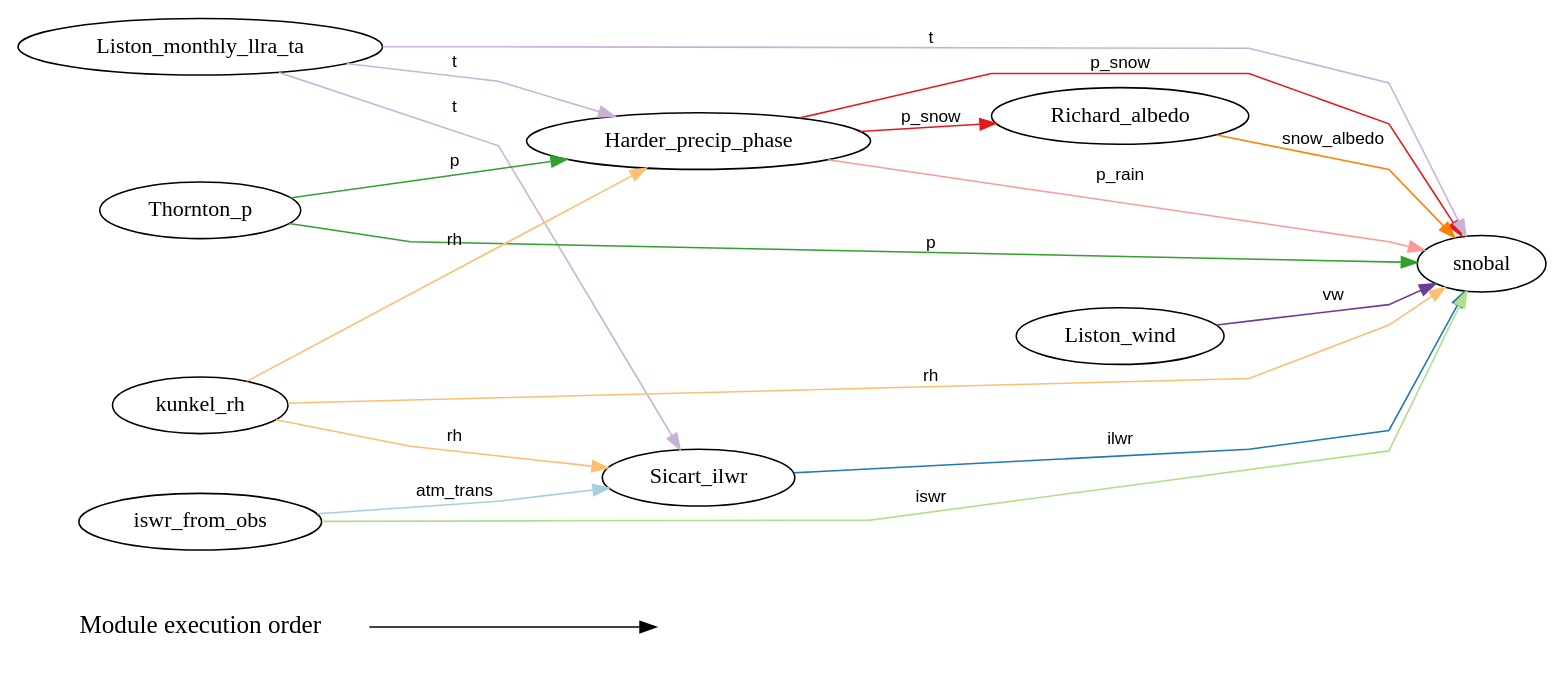
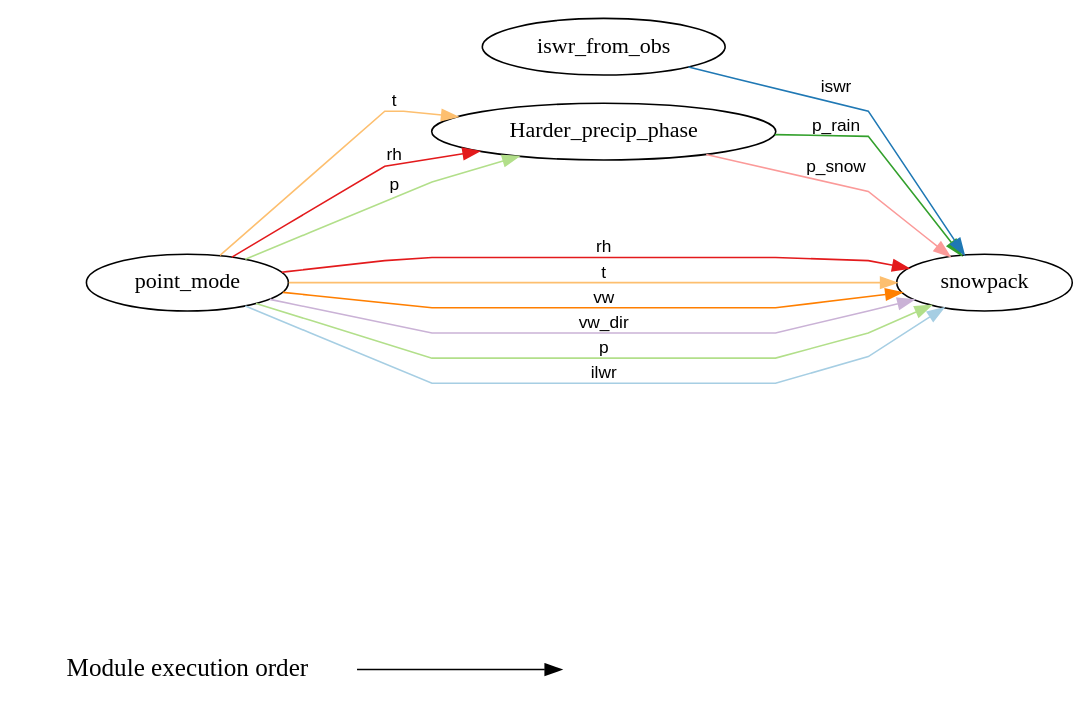
One commit to Chrismarsh/CHM changed the diagram in modules.dot. Above: the diagram before and after it, drawn with Graphviz. The commit also changed 34 other files, not shown here.

```diff
--- a/modules.dot
+++ b/modules.dot
@@ -1,104 +1,79 @@
 digraph G {
 	graph [rankdir=LR,
 		splines=polyline
 	];
 	{
 		node [fontsize=16,
 			shape=plaintext
 		];
 		"Module execution order"		 [fontsize=16,
 			shape=plaintext];
 		""		 [fontsize=16,
 			shape=plaintext];
 		"Module execution order" -> "";
 	}
 	0	 [label=Harder_precip_phase];
-	3	 [label=Richard_albedo];
-	0 -> 3	 [color="/paired12/6",
+	3	 [label=snowpack];
+	0 -> 3	 [color="/paired12/4",
+		edgetype=p_rain,
+		fontname=Helvetica,
+		fontsize=11,
+		label=p_rain];
+	0 -> 3	 [color="/paired12/5",
 		edgetype=p_snow,
 		fontname=Helvetica,
 		fontsize=11,
 		label=p_snow];
-	8	 [label=snobal];
-	0 -> 8	 [color="/paired12/5",
-		edgetype=p_rain,
+	1	 [label=iswr_from_obs];
+	1 -> 3	 [color="/paired12/2",
+		edgetype=iswr,
 		fontname=Helvetica,
 		fontsize=11,
-		label=p_rain];
-	0 -> 8	 [color="/paired12/6",
-		edgetype=p_snow,
-		fontname=Helvetica,
-		fontsize=11,
-		label=p_snow];
-	1	 [label=Liston_monthly_llra_ta];
-	1 -> 0	 [color="/paired12/9",
+		label=iswr];
+	2	 [label=point_mode];
+	2 -> 0	 [color="/paired12/7",
 		edgetype=t,
 		fontname=Helvetica,
 		fontsize=11,
 		label=t];
-	4	 [label=Sicart_ilwr];
-	1 -> 4	 [color="/paired12/9",
+	2 -> 0	 [color="/paired12/6",
+		edgetype=rh,
+		fontname=Helvetica,
+		fontsize=11,
+		label=rh];
+	2 -> 0	 [color="/paired12/3",
+		edgetype=p,
+		fontname=Helvetica,
+		fontsize=11,
+		label=p];
+	2 -> 3	 [color="/paired12/6",
+		edgetype=rh,
+		fontname=Helvetica,
+		fontsize=11,
+		label=rh];
+	2 -> 3	 [color="/paired12/7",
 		edgetype=t,
 		fontname=Helvetica,
 		fontsize=11,
 		label=t];
-	1 -> 8	 [color="/paired12/9",
-		edgetype=t,
-		fontname=Helvetica,
-		fontsize=11,
-		label=t];
-	2	 [label=Liston_wind];
-	2 -> 8	 [color="/paired12/10",
+	2 -> 3	 [color="/paired12/8",
 		edgetype=vw,
 		fontname=Helvetica,
 		fontsize=11,
 		label=vw];
-	3 -> 8	 [color="/paired12/8",
-		edgetype=snow_albedo,
+	2 -> 3	 [color="/paired12/9",
+		edgetype=vw_dir,
 		fontname=Helvetica,
 		fontsize=11,
-		label=snow_albedo];
-	4 -> 8	 [color="/paired12/2",
+		label=vw_dir];
+	2 -> 3	 [color="/paired12/3",
+		edgetype=p,
+		fontname=Helvetica,
+		fontsize=11,
+		label=p];
+	2 -> 3	 [color="/paired12/1",
 		edgetype=ilwr,
 		fontname=Helvetica,
 		fontsize=11,
 		label=ilwr];
-	5	 [label=Thornton_p];
-	5 -> 0	 [color="/paired12/4",
-		edgetype=p,
-		fontname=Helvetica,
-		fontsize=11,
-		label=p];
-	5 -> 8	 [color="/paired12/4",
-		edgetype=p,
-		fontname=Helvetica,
-		fontsize=11,
-		label=p];
-	6	 [label=iswr_from_obs];
-	6 -> 4	 [color="/paired12/1",
-		edgetype=atm_trans,
-		fontname=Helvetica,
-		fontsize=11,
-		label=atm_trans];
-	6 -> 8	 [color="/paired12/3",
-		edgetype=iswr,
-		fontname=Helvetica,
-		fontsize=11,
-		label=iswr];
-	7	 [label=kunkel_rh];
-	7 -> 0	 [color="/paired12/7",
-		edgetype=rh,
-		fontname=Helvetica,
-		fontsize=11,
-		label=rh];
-	7 -> 4	 [color="/paired12/7",
-		edgetype=rh,
-		fontname=Helvetica,
-		fontsize=11,
-		label=rh];
-	7 -> 8	 [color="/paired12/7",
-		edgetype=rh,
-		fontname=Helvetica,
-		fontsize=11,
-		label=rh];
 }
```
